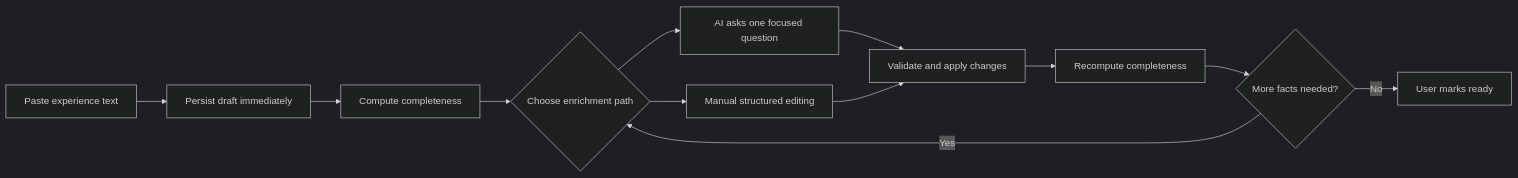
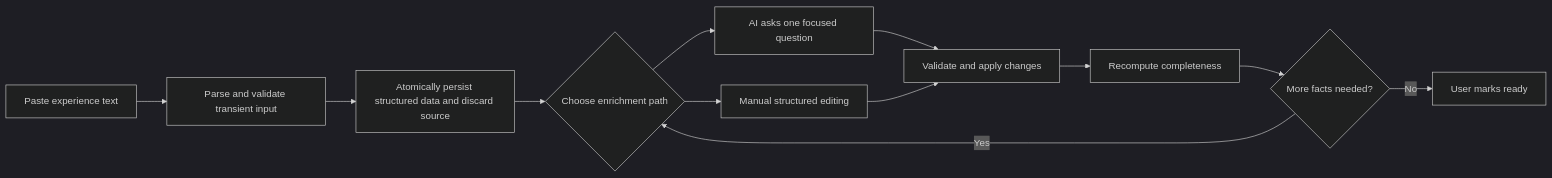
One commit to Strel1tz1a02/ResumeAgent changed the first of 2 diagrams in docs/superpowers/specs/2026-07-29-personal-experience-library-design.md. Above: the diagram before and after it, drawn with Mermaid (dark theme). The commit also changed other lines of this file and 93 other files, not shown here.

````diff
--- a/docs/superpowers/specs/2026-07-29-personal-experience-library-design.md
+++ b/docs/superpowers/specs/2026-07-29-personal-experience-library-design.md
@@ -90,14 +92,14 @@
 ```mermaid
 flowchart LR
-    A["Paste experience text"] --> B["Persist draft immediately"]
-    B --> C["Compute completeness"]
+    A["Paste experience text"] --> B["Parse and validate transient input"]
+    B --> C["Atomically persist structured data and discard source"]
     C --> D{"Choose enrichment path"}
     D --> E["AI asks one focused question"]
     D --> F["Manual structured editing"]
     E --> G["Validate and apply changes"]
     F --> G
     G --> H["Recompute completeness"]
     H --> I{"More facts needed?"}
     I -->|Yes| D
     I -->|No| J["User marks ready"]
 ```
````
